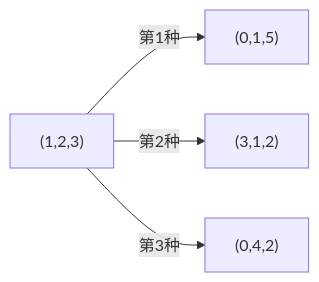
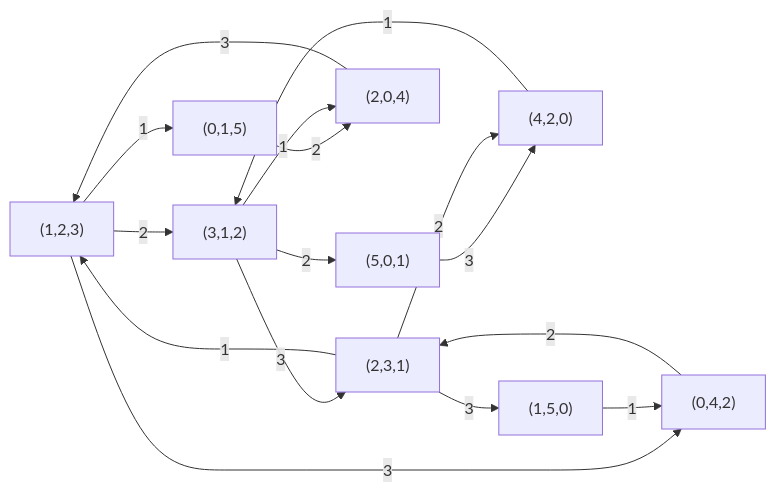
Before and after one commit to Myyura/the_kai_project: the diagram in docs/tokyo-university/IST/cs/2016/cs_201508_senmon_II_2.md, drawn with Mermaid. The commit also changed other lines of this file and 28 other files, not shown here.

````diff
--- a/docs/tokyo-university/IST/cs/2016/cs_201508_senmon_II_2.md
+++ b/docs/tokyo-university/IST/cs/2016/cs_201508_senmon_II_2.md
@@ -51,6 +99,18 @@
 ```mermaid
 flowchart LR
-    S["(1,2,3)"] -->|第1种| A["(0,1,5)"]
-    S -->|第2种| B["(3,1,2)"]
-    S -->|第3种| C["(0,4,2)"]
+    A0["(1,2,3)"] -->|2| A1["(3,1,2)"]
+    A1 -->|3| A2["(2,3,1)"]
+    A2 -->|1| A0
+    A0 -->|1| C0["(0,1,5)"]
+    C0 -->|2| B2["(2,0,4)"]
+    B2 -->|3| A0
+    A0 -->|3| B0["(0,4,2)"]
+    B0 -->|2| A2
+    A1 -->|1| B2
+    A1 -->|2| C2["(5,0,1)"]
+    C2 -->|3| B1["(4,2,0)"]
+    B1 -->|1| A1
+    A2 -->|2| B1
+    A2 -->|3| C1["(1,5,0)"]
+    C1 -->|1| B0
 ```
````
